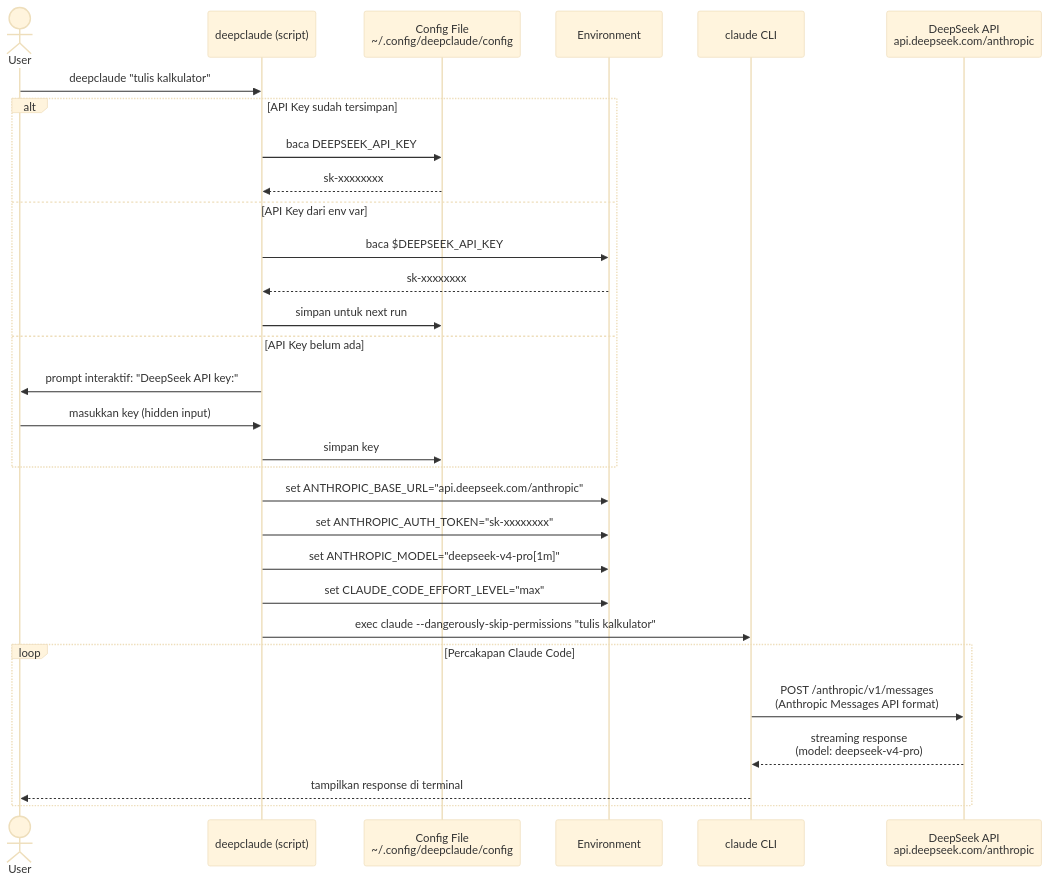
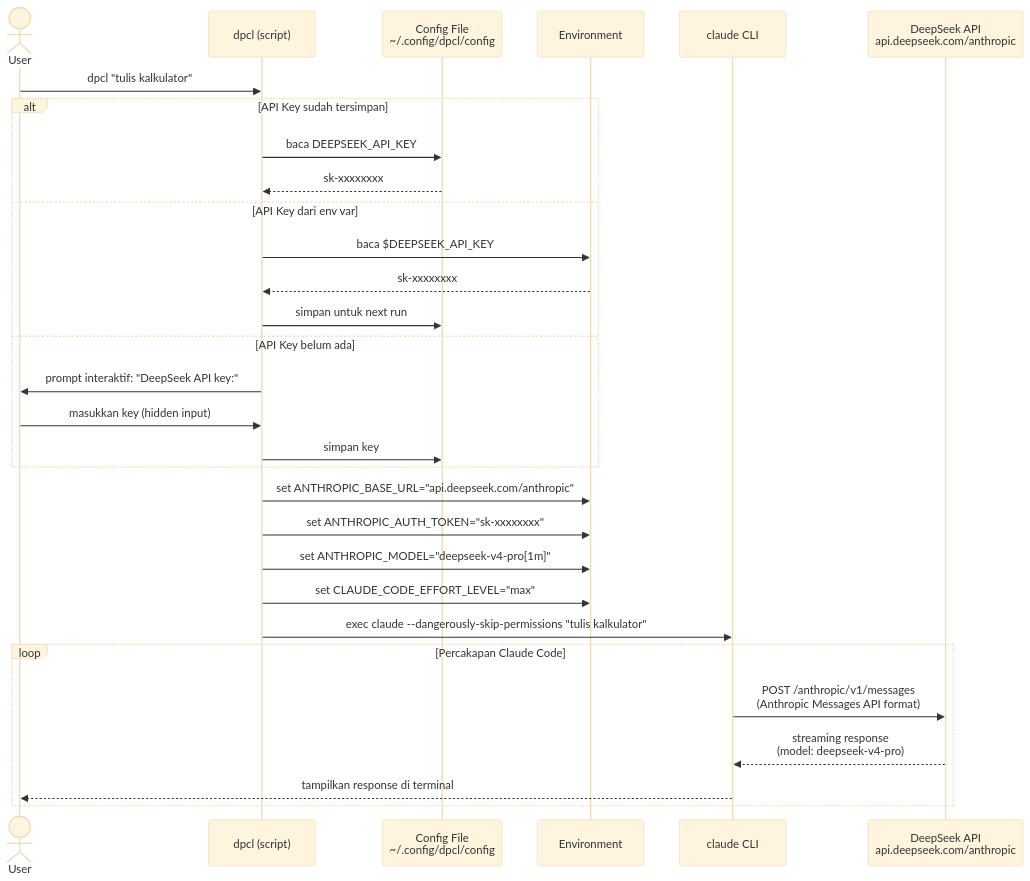
Before and after one commit to Muhira007/deepclaude-v2: the second of 6 diagrams in README.md, drawn with Mermaid (base theme). The commit also changed other lines of this file and 13 other files, not shown here.

First line of the commit message:
rename: deepclaude -> dpcl (all aspects)

````diff
--- a/README.md
+++ b/README.md
@@ -119,37 +119,37 @@
 ```mermaid
 sequenceDiagram
     actor U as User
-    participant DC as deepclaude (script)
-    participant CF as Config File<br/>~/.config/deepclaude/config
+    participant DC as dpcl (script)
+    participant CF as Config File<br/>~/.config/dpcl/config
     participant ENV as Environment
     participant CC as claude CLI
     participant DS as DeepSeek API<br/>api.deepseek.com/anthropic
 
-    U->>DC: deepclaude "tulis kalkulator"
+    U->>DC: dpcl "tulis kalkulator"
     
     alt API Key sudah tersimpan
         DC->>CF: baca DEEPSEEK_API_KEY
         CF-->>DC: sk-xxxxxxxx
     else API Key dari env var
         DC->>ENV: baca $DEEPSEEK_API_KEY
         ENV-->>DC: sk-xxxxxxxx
         DC->>CF: simpan untuk next run
     else API Key belum ada
         DC->>U: prompt interaktif: "DeepSeek API key:"
         U->>DC: masukkan key (hidden input)
         DC->>CF: simpan key
     end
 
     DC->>ENV: set ANTHROPIC_BASE_URL="api.deepseek.com/anthropic"
     DC->>ENV: set ANTHROPIC_AUTH_TOKEN="sk-xxxxxxxx"
     DC->>ENV: set ANTHROPIC_MODEL="deepseek-v4-pro[1m]"
     DC->>ENV: set CLAUDE_CODE_EFFORT_LEVEL="max"
 
     DC->>CC: exec claude --dangerously-skip-permissions "tulis kalkulator"
     
     loop Percakapan Claude Code
         CC->>DS: POST /anthropic/v1/messages<br/>(Anthropic Messages API format)
         DS-->>CC: streaming response<br/>(model: deepseek-v4-pro)
         CC-->>U: tampilkan response di terminal
     end
 ```
````
